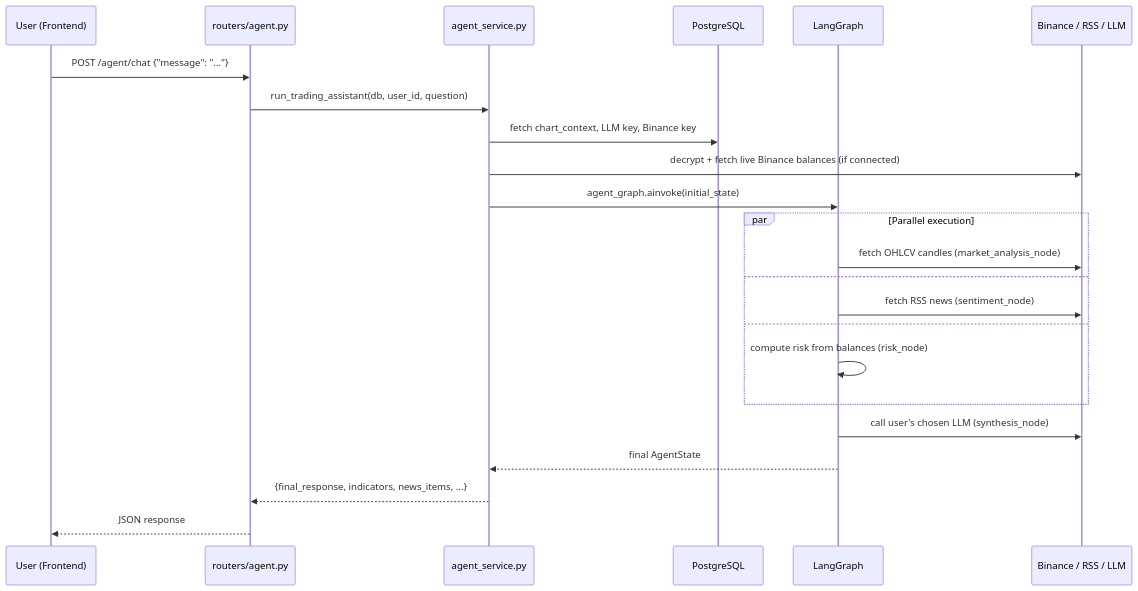
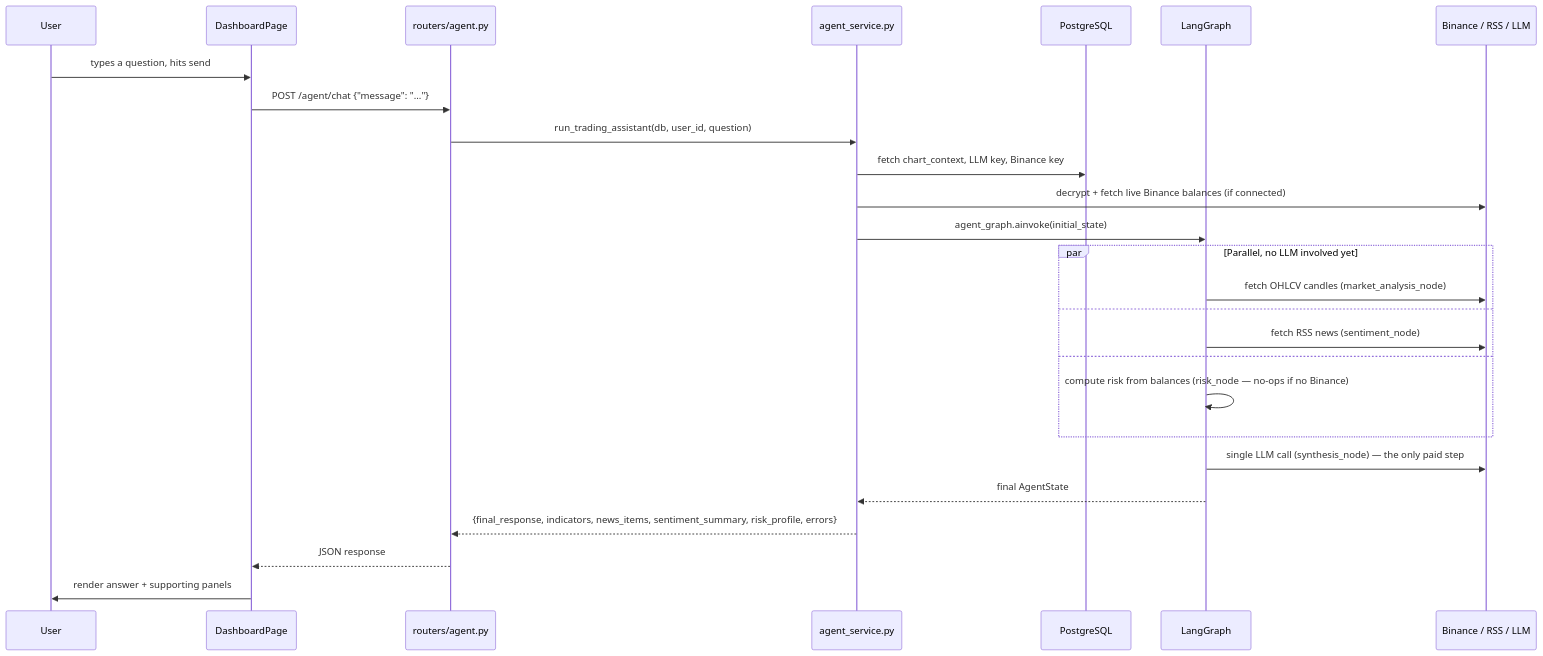
Before and after one commit to adi2025a/Krypton-The-Product: the third of 3 diagrams in README.md, drawn with Mermaid. The commit also changed other lines of this file and 2 other files, not shown here.

````diff
--- a/README.md
+++ b/README.md
@@ -193,28 +179,31 @@
 ```mermaid
 sequenceDiagram
-    participant U as User (Frontend)
+    participant U as User
+    participant FE as DashboardPage
     participant R as routers/agent.py
     participant AS as agent_service.py
     participant DB as PostgreSQL
     participant G as LangGraph
     participant EXT as Binance / RSS / LLM
 
-    U->>R: POST /agent/chat {"message": "..."}
+    U->>FE: types a question, hits send
+    FE->>R: POST /agent/chat {"message": "..."}
     R->>AS: run_trading_assistant(db, user_id, question)
     AS->>DB: fetch chart_context, LLM key, Binance key
     AS->>EXT: decrypt + fetch live Binance balances (if connected)
     AS->>G: agent_graph.ainvoke(initial_state)
 
-    par Parallel execution
+    par Parallel, no LLM involved yet
         G->>EXT: fetch OHLCV candles (market_analysis_node)
     and
         G->>EXT: fetch RSS news (sentiment_node)
     and
-        G->>G: compute risk from balances (risk_node)
+        G->>G: compute risk from balances (risk_node — no-ops if no Binance)
     end
 
-    G->>EXT: call user's chosen LLM (synthesis_node)
+    G->>EXT: single LLM call (synthesis_node) — the only paid step
     G-->>AS: final AgentState
-    AS-->>R: {final_response, indicators, news_items, ...}
-    R-->>U: JSON response
+    AS-->>R: {final_response, indicators, news_items, sentiment_summary, risk_profile, errors}
+    R-->>FE: JSON response
+    FE->>U: render answer + supporting panels
 ```
````
